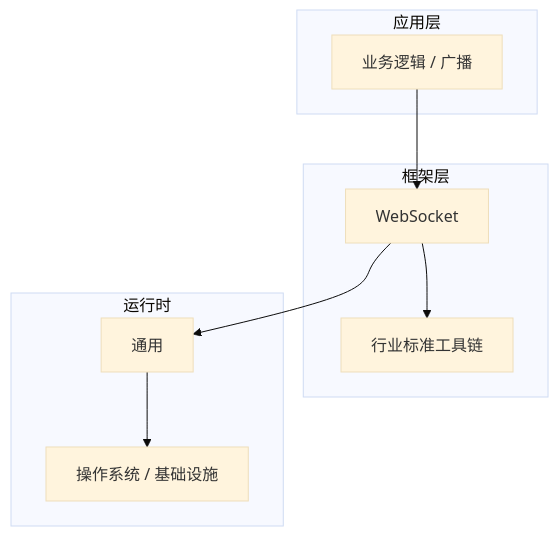
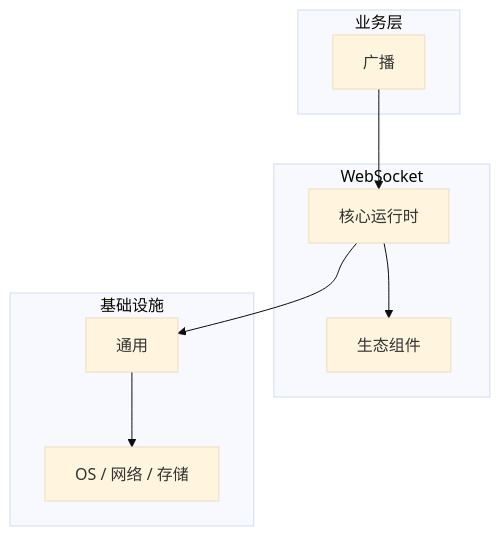
The diagram in articles/WebSocket/chapters/041-广播核心概念与原理.md (yanggan2015/knowledge-json-v2), drawn with Mermaid (base theme) before and after one commit. The commit also changed other lines of this file and 10127 other files, not shown here.

````diff
--- a/articles/WebSocket/chapters/041-广播核心概念与原理.md
+++ b/articles/WebSocket/chapters/041-广播核心概念与原理.md
@@ -45,18 +34,18 @@
 ```mermaid
 graph TB
-    subgraph 应用层
-        A[业务逻辑 / 广播]
+    subgraph 业务层
+        A[广播]
     end
-    subgraph 框架层
-        B[WebSocket]
-        C[行业标准工具链]
+    subgraph WebSocket
+        B[核心运行时]
+        C[生态组件]
     end
-    subgraph 运行时
+    subgraph 基础设施
         D[通用]
-        E[操作系统 / 基础设施]
+        E[OS / 网络 / 存储]
     end
     A --> B
     B --> C
     B --> D
     D --> E
 ```
````
